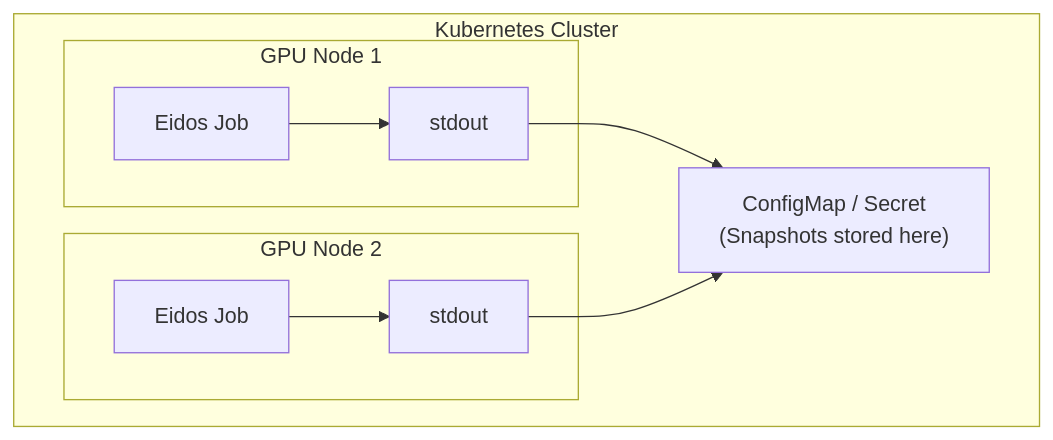
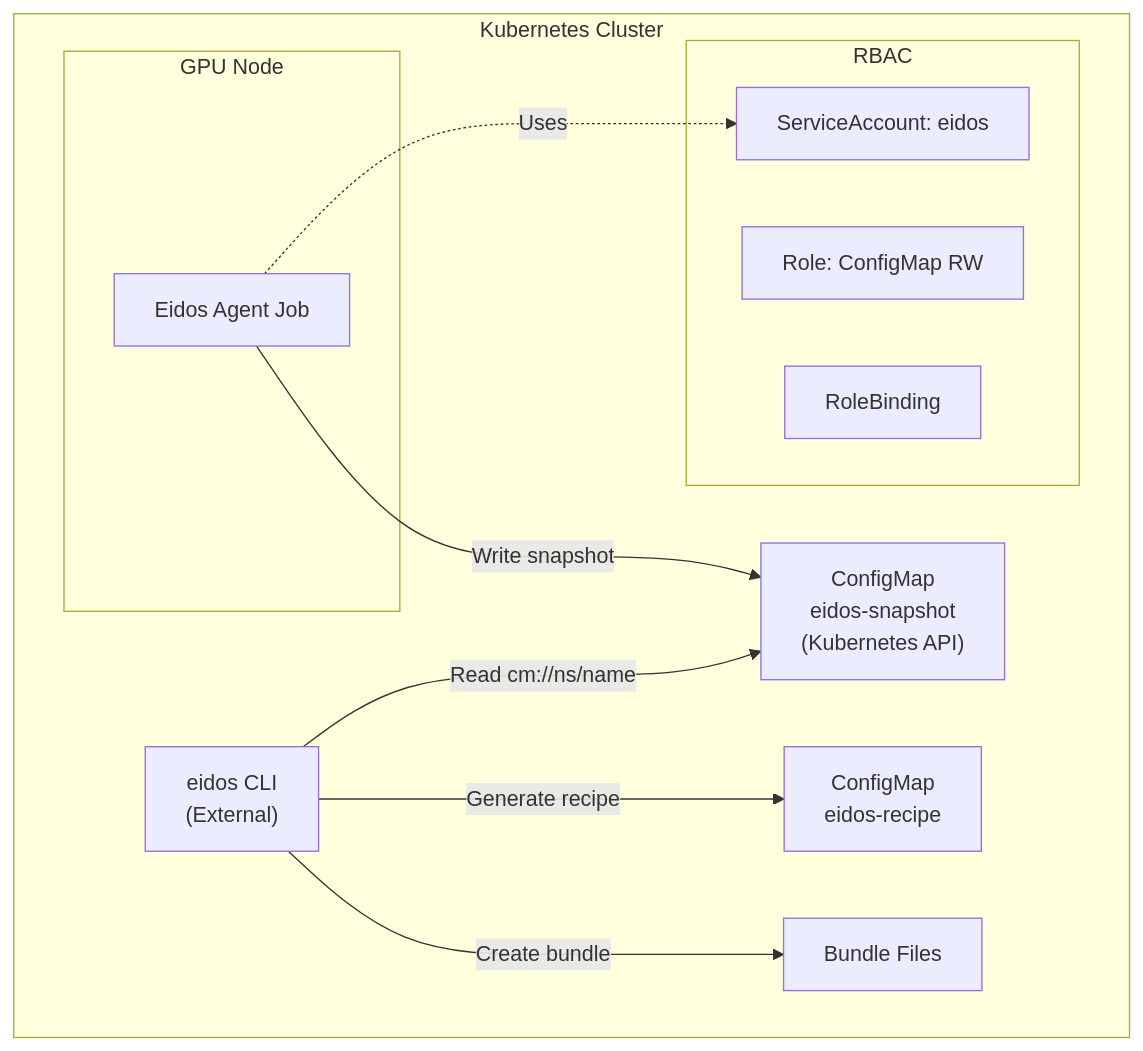
Before and after one commit to mchmarny/cloud-native-stack: the third of 13 diagrams in docs/architecture/README.md, drawn with Mermaid. The commit also changed other lines of this file and 10 other files, not shown here.

````diff
--- a/docs/architecture/README.md
+++ b/docs/architecture/README.md
@@ -160,17 +167,24 @@
 ```mermaid
 flowchart TD
     subgraph K8S["Kubernetes Cluster"]
-        subgraph NODE1["GPU Node 1"]
-            JOB1["Eidos Job"] --> OUT1["stdout"]
+        direction LR
+        
+        subgraph NODE["GPU Node"]
+            JOB["Eidos Agent Job"] 
         end
         
-        subgraph NODE2["GPU Node 2"]
-            JOB2["Eidos Job"] --> OUT2["stdout"]
+        JOB -->|"Write snapshot"| CM["ConfigMap<br/>eidos-snapshot<br/>(Kubernetes API)"]
+        
+        CLI["eidos CLI<br/>(External)"] -->|"Read cm://ns/name"| CM
+        CLI -->|"Generate recipe"| RECIPE["ConfigMap<br/>eidos-recipe"]
+        CLI -->|"Create bundle"| BUNDLE["Bundle Files"]
+        
+        subgraph RBAC["RBAC"]
+            SA["ServiceAccount: eidos"]
+            ROLE["Role: ConfigMap RW"]
+            BIND["RoleBinding"]
         end
         
-        OUT1 --> STORE
-        OUT2 --> STORE
-        
-        STORE["ConfigMap / Secret<br/>(Snapshots stored here)"]
+        JOB -.->|"Uses"| SA
     end
 ```
````
